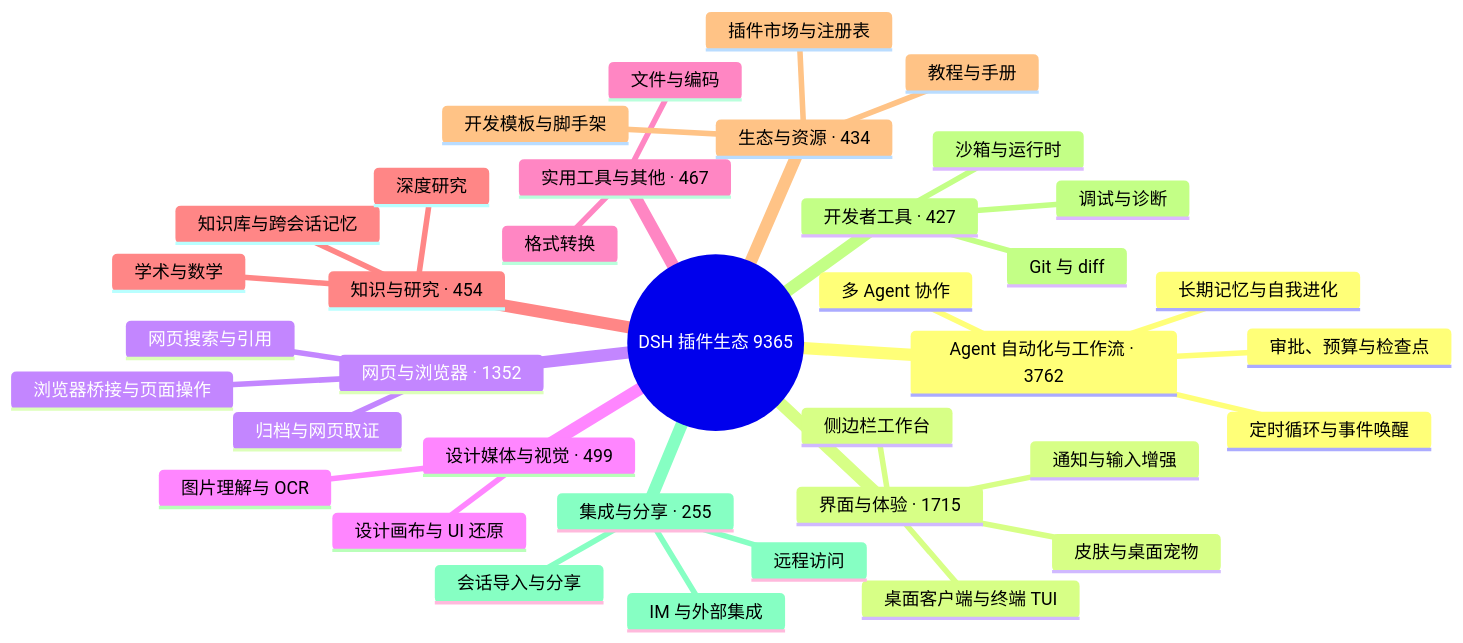
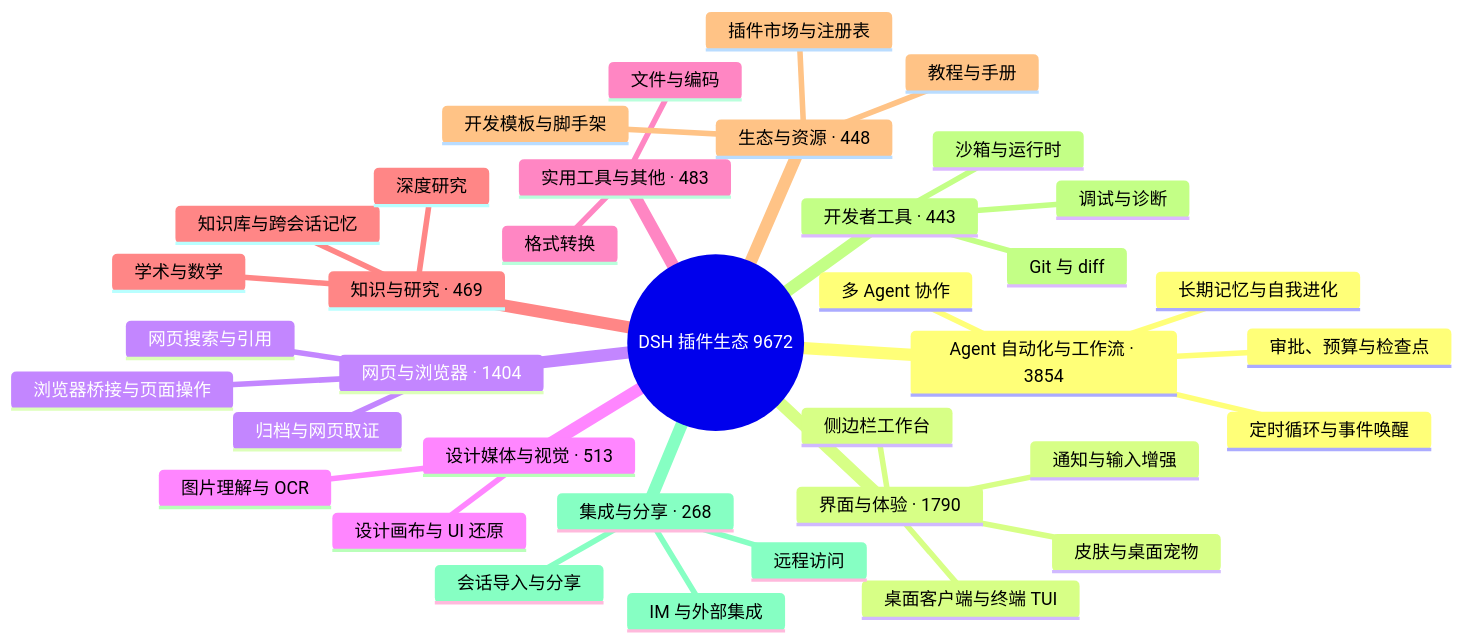
Before and after one commit to bruc3van/awesome-dsh-plugin: the diagram in README.md, drawn with Mermaid. The commit also changed other lines of this file and 18 other files, not shown here.

````diff
--- a/README.md
+++ b/README.md
@@ -32,40 +32,40 @@
 ```mermaid
 mindmap
-  root((DSH 插件生态 9365))
-    Agent 自动化与工作流 · 3762
+  root((DSH 插件生态 9672))
+    Agent 自动化与工作流 · 3854
       定时循环与事件唤醒
       多 Agent 协作
       长期记忆与自我进化
       审批、预算与检查点
-    界面与体验 · 1715
+    界面与体验 · 1790
       桌面客户端与终端 TUI
       侧边栏工作台
       皮肤与桌面宠物
       通知与输入增强
-    网页与浏览器 · 1352
+    网页与浏览器 · 1404
       浏览器桥接与页面操作
       网页搜索与引用
       归档与网页取证
-    设计媒体与视觉 · 499
+    设计媒体与视觉 · 513
       图片理解与 OCR
       设计画布与 UI 还原
-    实用工具与其他 · 467
+    实用工具与其他 · 483
       文件与编码
       格式转换
-    知识与研究 · 454
+    知识与研究 · 469
       知识库与跨会话记忆
       深度研究
       学术与数学
-    生态与资源 · 434
+    生态与资源 · 448
       插件市场与注册表
       开发模板与脚手架
       教程与手册
-    开发者工具 · 427
+    开发者工具 · 443
       Git 与 diff
       沙箱与运行时
       调试与诊断
-    集成与分享 · 255
+    集成与分享 · 268
       会话导入与分享
       远程访问
       IM 与外部集成
 ```
````
